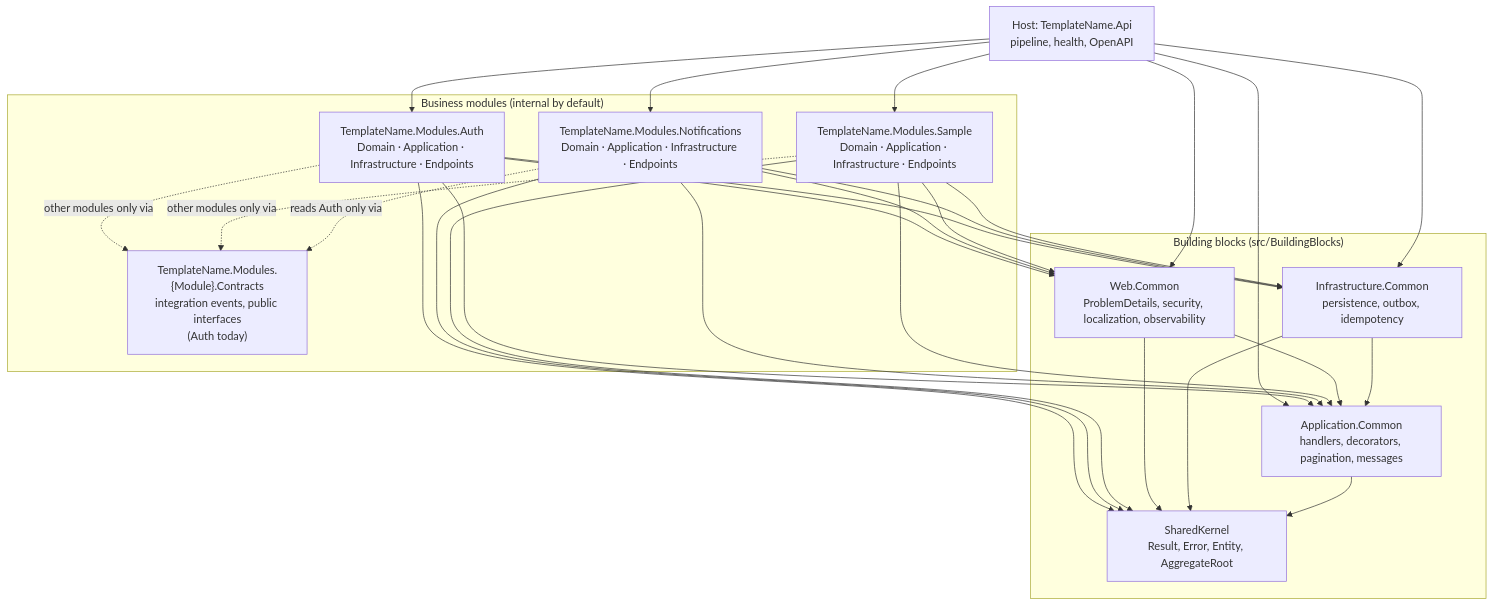
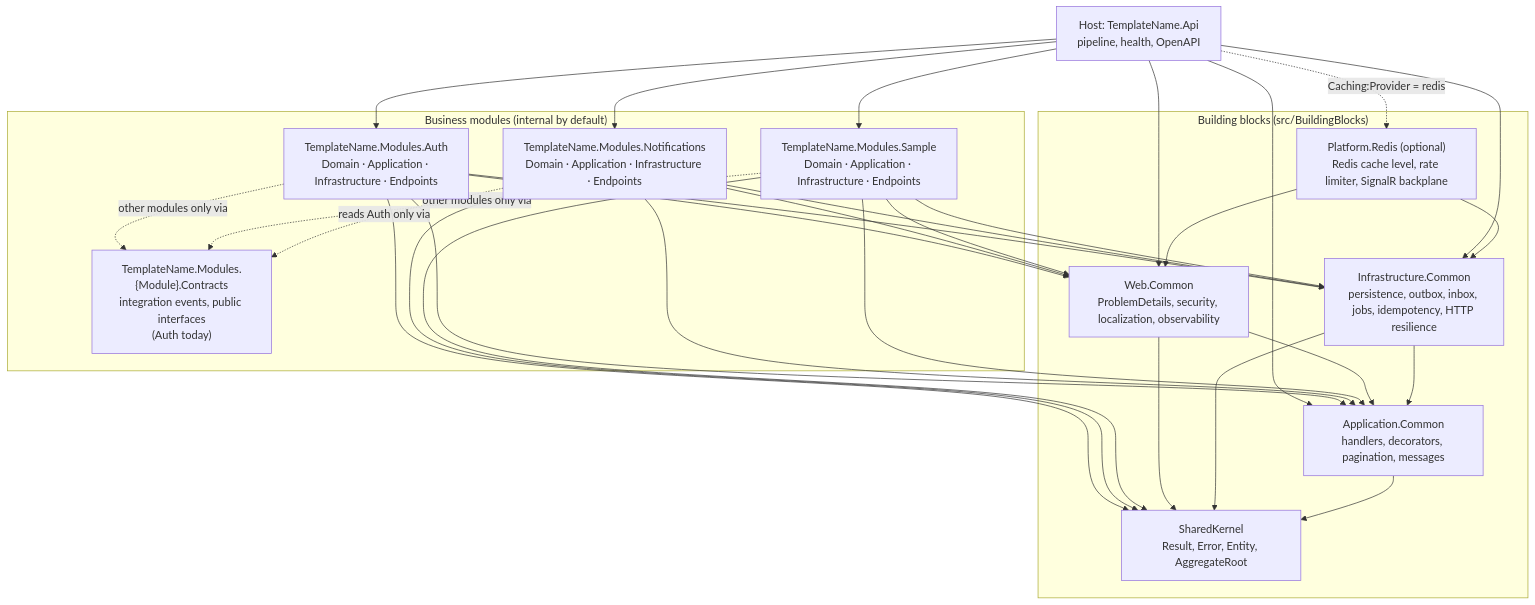
Before and after one commit to jackyjiale-oss/modulith-backend: the first of 3 diagrams in docs/architecture/overview.md, drawn with Mermaid. The commit also changed other lines of this file and 189 other files, not shown here.

First line of the commit message:
feat(platform): add jobs, retention, Redis and resilience (#11)

````diff
--- a/docs/architecture/overview.md
+++ b/docs/architecture/overview.md
@@ -7,45 +7,49 @@
 ```mermaid
 flowchart TD
     Api["Host: TemplateName.Api<br/>pipeline, health, OpenAPI"]
 
     subgraph Modules["Business modules (internal by default)"]
         Auth["TemplateName.Modules.Auth<br/>Domain · Application · Infrastructure · Endpoints"]
         Notifications["TemplateName.Modules.Notifications<br/>Domain · Application · Infrastructure · Endpoints"]
         Sample["TemplateName.Modules.Sample<br/>Domain · Application · Infrastructure · Endpoints"]
         Contracts["TemplateName.Modules.{Module}.Contracts<br/>integration events, public interfaces<br/>(Auth today)"]
     end
 
     subgraph BuildingBlocks["Building blocks (src/BuildingBlocks)"]
         Web["Web.Common<br/>ProblemDetails, security, localization, observability"]
-        Infra["Infrastructure.Common<br/>persistence, outbox, idempotency"]
+        Infra["Infrastructure.Common<br/>persistence, outbox, inbox, jobs, idempotency, HTTP resilience"]
         App["Application.Common<br/>handlers, decorators, pagination, messages"]
         Kernel["SharedKernel<br/>Result, Error, Entity, AggregateRoot"]
+        Redis["Platform.Redis (optional)<br/>Redis cache level, rate limiter, SignalR backplane"]
     end
 
     Api --> Auth
     Api --> Notifications
     Api --> Sample
     Api --> Web
     Api --> Infra
     Api --> App
+    Api -. "Caching:Provider = redis" .-> Redis
     Auth -. "other modules only via" .-> Contracts
     Sample -. "other modules only via" .-> Contracts
     Notifications -. "reads Auth only via" .-> Contracts
     Auth --> Web
     Auth --> Infra
     Auth --> App
     Auth --> Kernel
     Notifications --> Web
     Notifications --> Infra
     Notifications --> App
     Notifications --> Kernel
     Sample --> Web
     Sample --> Infra
     Sample --> App
     Sample --> Kernel
     Web --> App
     Infra --> App
     Web --> Kernel
     Infra --> Kernel
     App --> Kernel
+    Redis --> Infra
+    Redis --> Web
 ```
````
